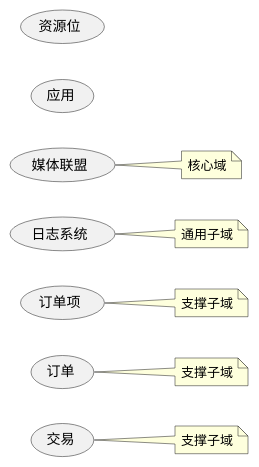
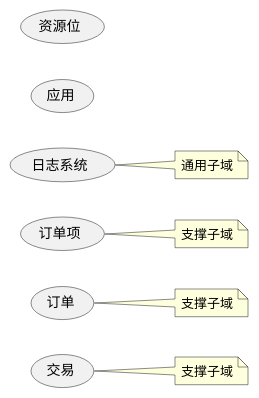
One commit to xgyb12458/dm-platform changed the diagram in documents/dm-order/order_uc_domain.puml. Above: the diagram before and after it, drawn with PlantUML. The commit also changed 18 other files, not shown here.

```diff
--- a/documents/dm-order/order_uc_domain.puml
+++ b/documents/dm-order/order_uc_domain.puml
@@ -1,22 +1,20 @@
 @startuml
 
 left to right direction
 
 (交易) as trade
 (订单) as order
 (订单项) as orderItem
-(日志系统) as LogSystem
-(媒体联盟) as MediaCore
+(日志系统) as Logger
 
 
 (应用) as app
 (资源位) as slot
 
 note right of trade: 支撑子域
 note right of order: 支撑子域
 note right of orderItem: 支撑子域
-note right of LogSystem: 通用子域
-note right of MediaCore: 核心域
+note right of Logger: 通用子域
 
 
 @enduml
```
